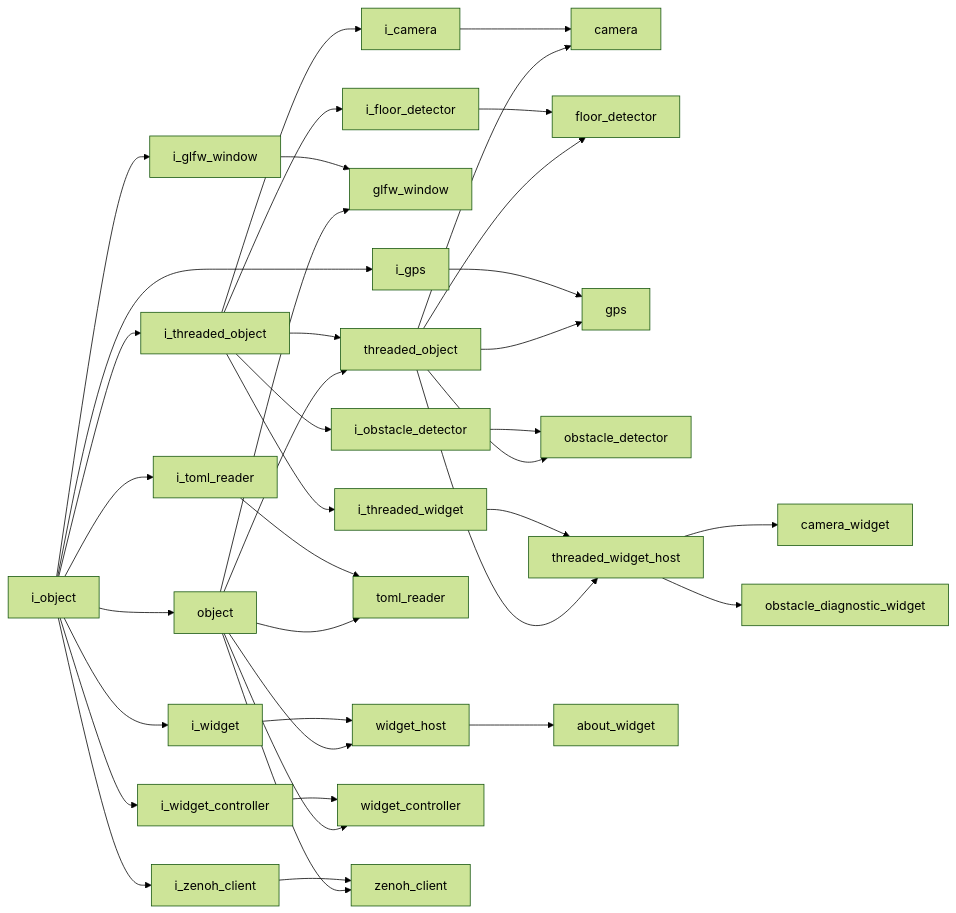
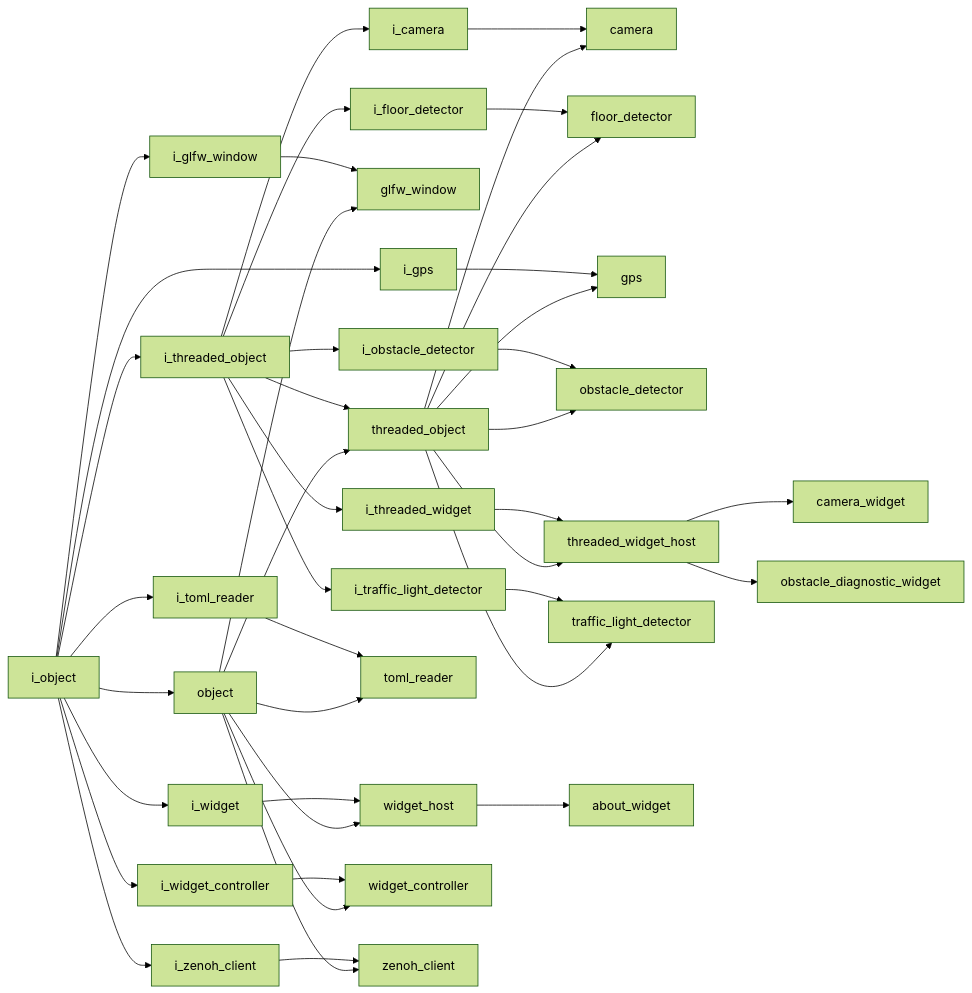
Before and after one commit to kasper-szczerba/acs_wiki: the diagram in docs/codebase/namespaces/index.md, drawn with Mermaid (forest theme). The commit also changed 13 other files, not shown here.

Commit message:
Add traffic light detector implementation and interface, enhance vision namespace documentation

````diff
--- a/docs/codebase/namespaces/index.md
+++ b/docs/codebase/namespaces/index.md
@@ -15,40 +15,43 @@
 ```mermaid
 graph LR
     i_camera["i_camera"] --> camera["camera"]
     i_floor_detector["i_floor_detector"] --> floor_detector["floor_detector"]
     i_glfw_window["i_glfw_window"] --> glfw_window["glfw_window"]
     i_gps["i_gps"] --> gps["gps"]
     i_object["i_object"] --> i_glfw_window["i_glfw_window"]
     i_object["i_object"] --> i_gps["i_gps"]
     i_object["i_object"] --> i_threaded_object["i_threaded_object"]
     i_object["i_object"] --> i_toml_reader["i_toml_reader"]
     i_object["i_object"] --> i_widget["i_widget"]
     i_object["i_object"] --> i_widget_controller["i_widget_controller"]
     i_object["i_object"] --> i_zenoh_client["i_zenoh_client"]
     i_object["i_object"] --> object["object"]
     i_obstacle_detector["i_obstacle_detector"] --> obstacle_detector["obstacle_detector"]
     i_threaded_object["i_threaded_object"] --> i_camera["i_camera"]
     i_threaded_object["i_threaded_object"] --> i_floor_detector["i_floor_detector"]
     i_threaded_object["i_threaded_object"] --> i_obstacle_detector["i_obstacle_detector"]
     i_threaded_object["i_threaded_object"] --> i_threaded_widget["i_threaded_widget"]
+    i_threaded_object["i_threaded_object"] --> i_traffic_light_detector["i_traffic_light_detector"]
     i_threaded_object["i_threaded_object"] --> threaded_object["threaded_object"]
     i_threaded_widget["i_threaded_widget"] --> threaded_widget_host["threaded_widget_host"]
     i_toml_reader["i_toml_reader"] --> toml_reader["toml_reader"]
+    i_traffic_light_detector["i_traffic_light_detector"] --> traffic_light_detector["traffic_light_detector"]
     i_widget["i_widget"] --> widget_host["widget_host"]
     i_widget_controller["i_widget_controller"] --> widget_controller["widget_controller"]
     i_zenoh_client["i_zenoh_client"] --> zenoh_client["zenoh_client"]
     object["object"] --> glfw_window["glfw_window"]
     object["object"] --> threaded_object["threaded_object"]
     object["object"] --> toml_reader["toml_reader"]
     object["object"] --> widget_controller["widget_controller"]
     object["object"] --> widget_host["widget_host"]
     object["object"] --> zenoh_client["zenoh_client"]
     threaded_object["threaded_object"] --> camera["camera"]
     threaded_object["threaded_object"] --> floor_detector["floor_detector"]
     threaded_object["threaded_object"] --> gps["gps"]
     threaded_object["threaded_object"] --> obstacle_detector["obstacle_detector"]
     threaded_object["threaded_object"] --> threaded_widget_host["threaded_widget_host"]
+    threaded_object["threaded_object"] --> traffic_light_detector["traffic_light_detector"]
     threaded_widget_host["threaded_widget_host"] --> camera_widget["camera_widget"]
     threaded_widget_host["threaded_widget_host"] --> obstacle_diagnostic_widget["obstacle_diagnostic_widget"]
     widget_host["widget_host"] --> about_widget["about_widget"]
 ```
````
